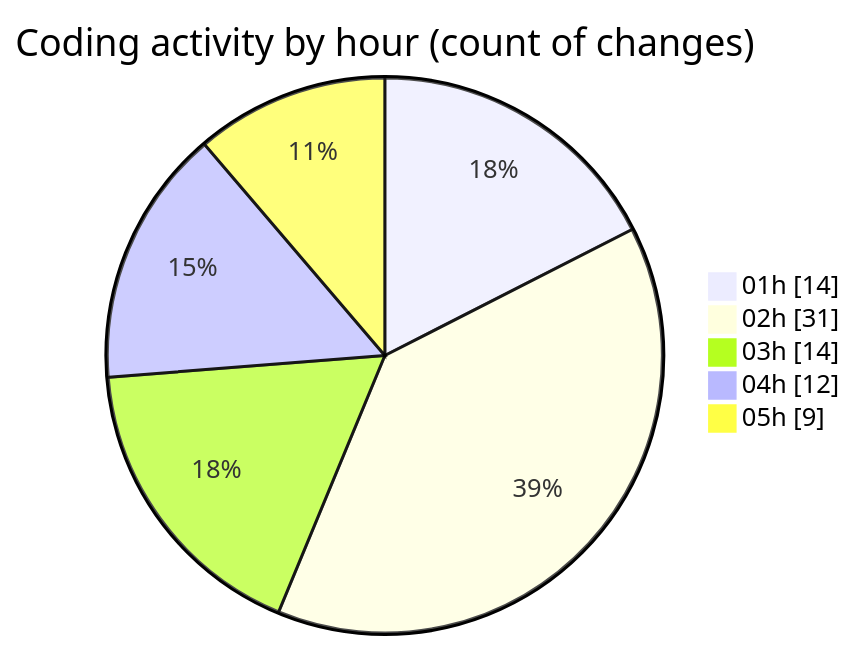
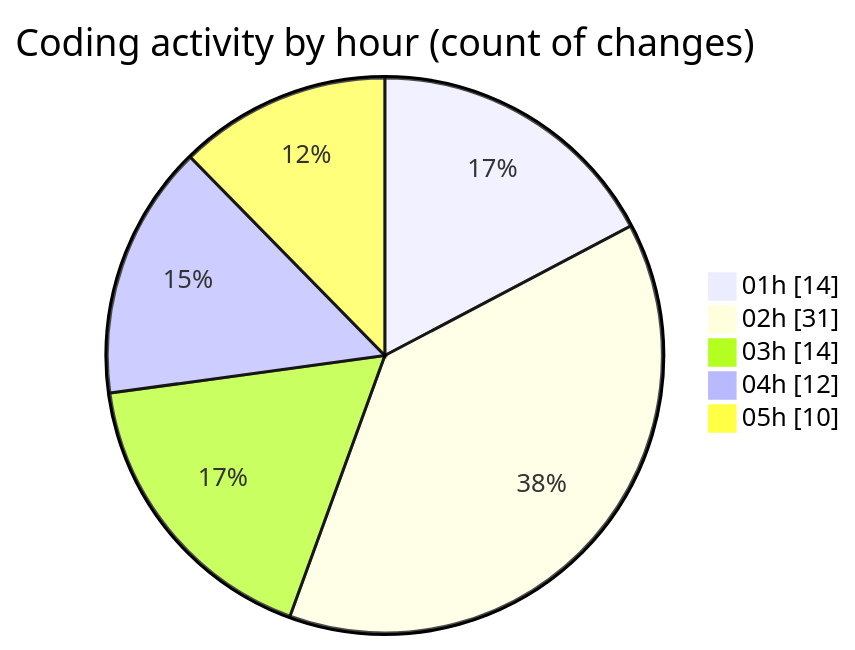
The second of 2 diagrams in 2025-07-13/telebot/README.md (jrari/code-tracking), drawn with Mermaid before and after one commit. The commit also changed other lines of this file and 1 other file, not shown here.

````diff
--- a/2025-07-13/telebot/README.md
+++ b/2025-07-13/telebot/README.md
@@ -64,9 +65,9 @@
 ```mermaid
 pie showData
 title Coding activity by hour (count of changes)
 "01h" : 14
 "02h" : 31
 "03h" : 14
 "04h" : 12
-"05h" : 9
+"05h" : 10
 ```
````
